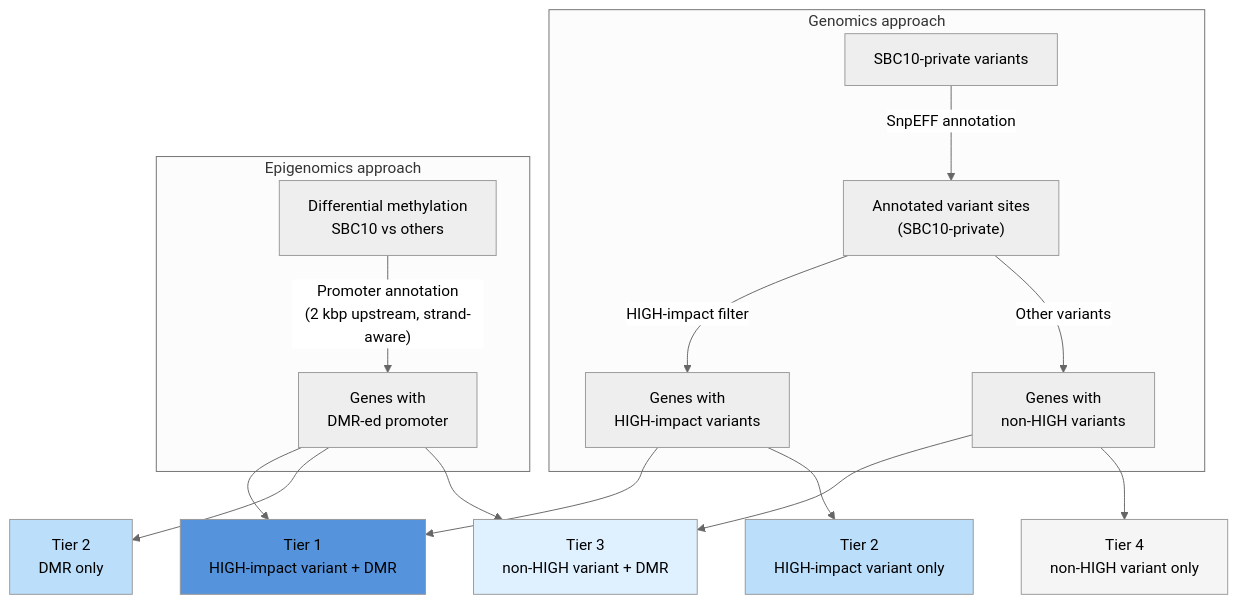
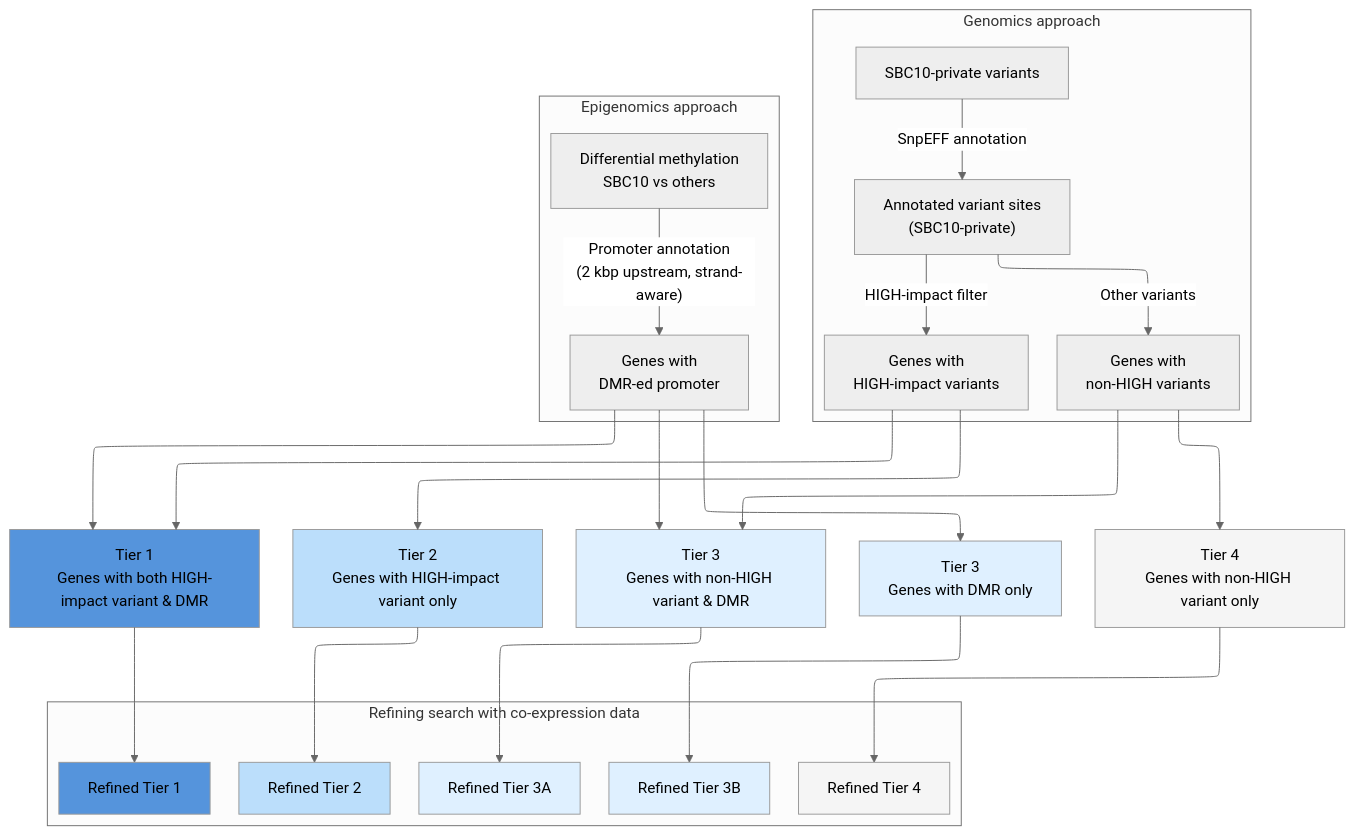
One commit to daffaaprilio/masters_thesis changed the second of 2 diagrams in analysis/03_TAA/TAA.md. Above: the diagram before and after it, drawn with Mermaid (neutral theme). The commit also changed other lines of this file and 6 other files, not shown here.

````diff
--- a/analysis/03_TAA/TAA.md
+++ b/analysis/03_TAA/TAA.md
@@ -48,26 +52,47 @@
 ```mermaid
+---
+config:
+  layout: elk
+---
 flowchart TD
  subgraph s1["Genomics approach"]
         VARPSBC10["SBC10-private variants"]
         ANNOTVARPSBC10["Annotated variant sites\n(SBC10-private)"]
         HIGHGENES["Genes with\nHIGH-impact variants"]
         OTHERGENES["Genes with\nnon-HIGH variants"]
   end
  subgraph s2["Epigenomics approach"]
         SBC10DMR["Differential methylation\nSBC10 vs others"]
         DMRGENES["Genes with\nDMR-ed promoter"]
   end
+ subgraph s3["Refining search with co-expression data"]
+        TIER1R["Refined Tier 1"]
+        TIER2R["Refined Tier 2"]
+        TIER3AR["Refined Tier 3A"]
+        TIER3BR["Refined Tier 3B"]
+        TIER4R["Refined Tier 4"]
+  end
     VARPSBC10 -- SnpEFF annotation --> ANNOTVARPSBC10
     ANNOTVARPSBC10 -- "HIGH-impact filter" --> HIGHGENES
     ANNOTVARPSBC10 -- Other variants --> OTHERGENES
     SBC10DMR -- "Promoter annotation\n(2 kbp upstream, strand-aware)" --> DMRGENES
-    HIGHGENES --> TIER1["Tier 1\nHIGH-impact variant + DMR"] & TIER2A["Tier 2\nHIGH-impact variant only"]
-    DMRGENES --> TIER1 & TIER2B["Tier 2\nDMR only"] & TIER3["Tier 3\nnon-HIGH variant + DMR"]
-    OTHERGENES --> TIER3 & TIER4["Tier 4\nnon-HIGH variant only"]
+    HIGHGENES --> TIER1["Tier 1\nGenes with both HIGH-impact variant & DMR"] & TIER2["Tier 2\nGenes with HIGH-impact variant only"]
+    DMRGENES --> TIER1 & TIER3A["Tier 3\nGenes with non-HIGH variant & DMR"] & TIER3B["Tier 3\nGenes with DMR only"]
+    OTHERGENES --> TIER3A & TIER4["Tier 4\nGenes with non-HIGH variant only"]
+    TIER1 --> TIER1R
+    TIER2 --> TIER2R
+    TIER3A --> TIER3AR
+    TIER3B --> TIER3BR
+    TIER4 --> TIER4R
 
+    style TIER1R fill:#5594dc
+    style TIER2R  fill:#BBDEFB
+    style TIER3AR  fill:#dff0ff
+    style TIER3BR  fill:#dff0ff
+    style TIER4R  fill:#f5f5f5
     style TIER1  fill:#5594dc
-    style TIER2A fill:#BBDEFB
-    style TIER2B fill:#BBDEFB
-    style TIER3  fill:#dff0ff
+    style TIER2  fill:#BBDEFB
+    style TIER3A  fill:#dff0ff
+    style TIER3B  fill:#dff0ff
     style TIER4  fill:#f5f5f5
 ```
````
